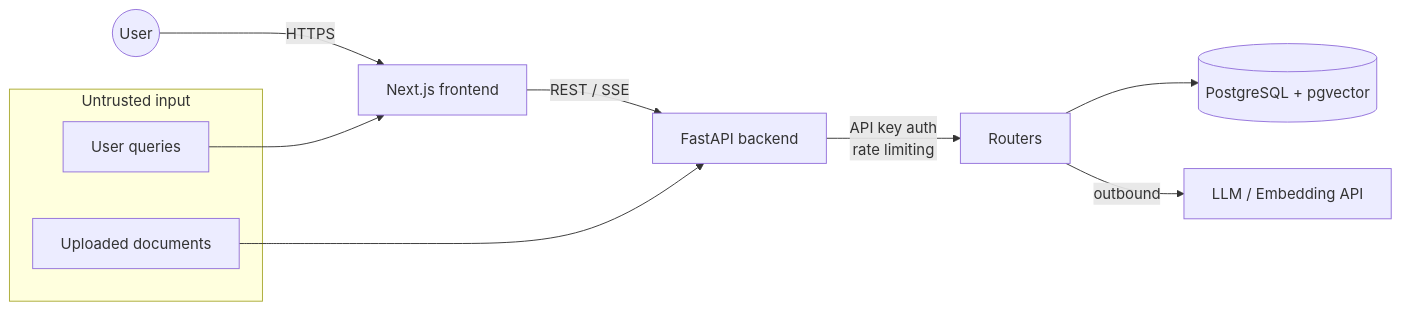
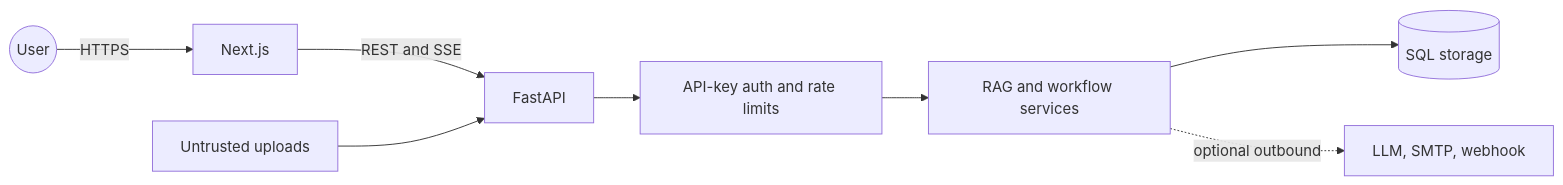
The diagram in docs/SECURITY.md (FishRaposo/groundtruth), drawn with Mermaid before and after one commit. The commit also changed other lines of this file and 66 other files, not shown here.

````diff
--- a/docs/SECURITY.md
+++ b/docs/SECURITY.md
@@ -5,14 +5,10 @@
 ```mermaid
 flowchart LR
-    User((User)) -->|HTTPS| Web[Next.js frontend]
-    Web -->|REST / SSE| API[FastAPI backend]
-    API -->|API key auth<br/>rate limiting| Routers[Routers]
-    Routers --> DB[(PostgreSQL + pgvector)]
-    Routers -->|outbound| LLM[LLM / Embedding API]
-    subgraph untrusted[Untrusted input]
-        Docs[Uploaded documents]
-        Queries[User queries]
-    end
-    Docs --> API
-    Queries --> Web
+    USER((User)) -->|HTTPS| WEB[Next.js]
+    WEB -->|REST and SSE| API[FastAPI]
+    API --> AUTH[API-key auth and rate limits]
+    AUTH --> DOMAIN[RAG and workflow services]
+    DOMAIN --> DB[(SQL storage)]
+    DOMAIN -. optional outbound .-> PROVIDERS[LLM, SMTP, webhook]
+    DOCS[Untrusted uploads] --> API
 ```
````
